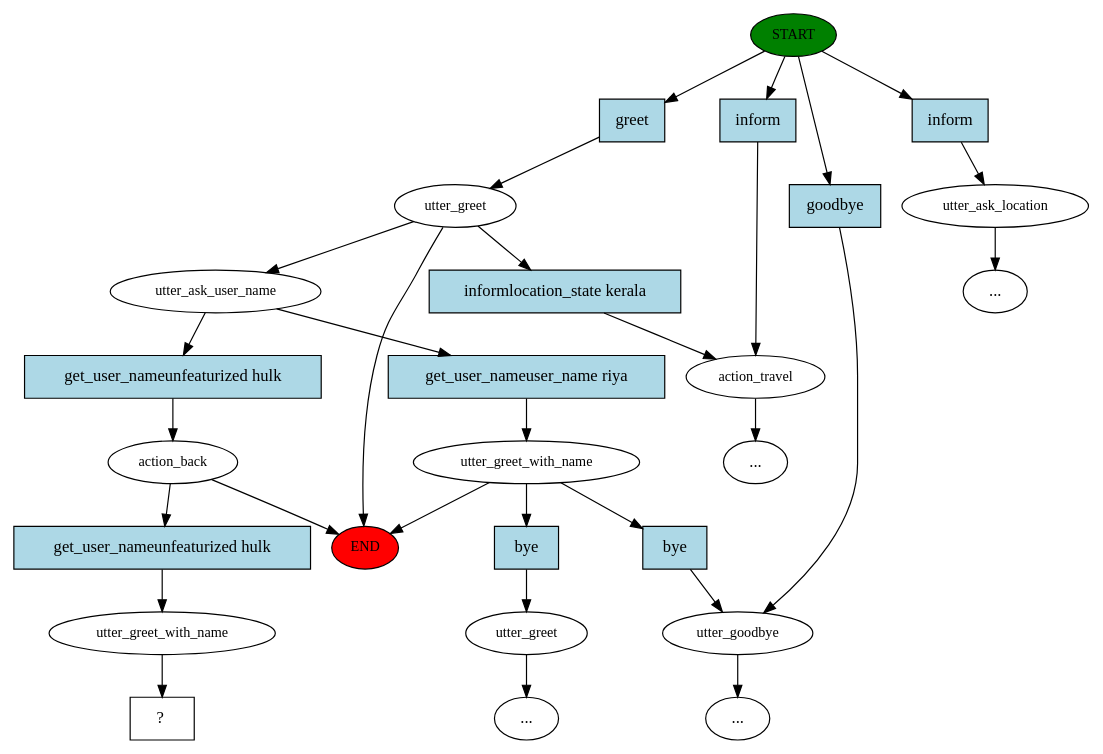
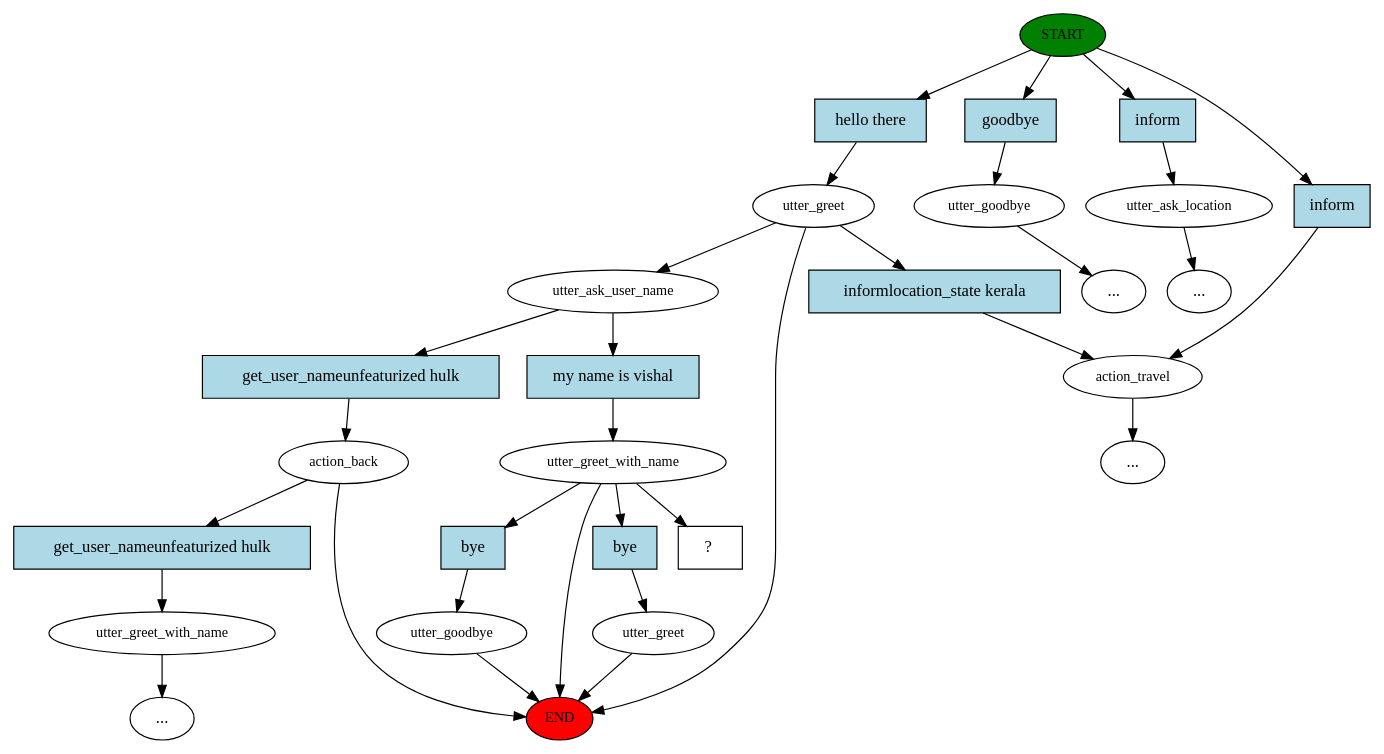
The diagram in workingCode_updated_version/story_graph.dot (CYPHR2/Travel_Chat_Bot), drawn with Graphviz before and after one commit. The commit also changed 11 other files, not shown here.

```diff
--- a/workingCode_updated_version/story_graph.dot
+++ b/workingCode_updated_version/story_graph.dot
@@ -1,57 +1,60 @@
 digraph  {
 0 [class="start active", fillcolor=green, fontsize=12, label=START, style=filled];
 "-1" [class=end, fillcolor=red, fontsize=12, label=END, style=filled];
 1 [class=active, fontsize=12, label=utter_greet];
 2 [class=active, fontsize=12, label=utter_ask_user_name];
-3 [class=active, fontsize=12, label=action_back];
+3 [class="", fontsize=12, label=action_back];
 8 [class="", fontsize=12, label=utter_goodbye];
+"-3" [class=ellipsis, label="..."];
 9 [class="", fontsize=12, label=utter_ask_location];
 "-4" [class=ellipsis, label="..."];
 10 [class="", fontsize=12, label=action_travel];
 "-6" [class=ellipsis, label="..."];
-15 [class="", fontsize=12, label=utter_greet_with_name];
+15 [class=active, fontsize=12, label=utter_greet_with_name];
 16 [class="", fontsize=12, label=utter_greet];
+20 [class="", fontsize=12, label=utter_goodbye];
+27 [class="", fontsize=12, label=utter_greet_with_name];
 "-7" [class=ellipsis, label="..."];
-"-8" [class=ellipsis, label="..."];
-27 [class=active, fontsize=12, label=utter_greet_with_name];
-28 [class="intent dashed active", label="  ?  ", shape=rect];
-29 [class="intent active", fillcolor=lightblue, label=greet, shape=rect, style=filled];
-30 [class=intent, fillcolor=lightblue, label=goodbye, shape=rect, style=filled];
-31 [class=intent, fillcolor=lightblue, label=inform, shape=rect, style=filled];
-32 [class=intent, fillcolor=lightblue, label=inform, shape=rect, style=filled];
-33 [class=intent, fillcolor=lightblue, label="informlocation_state kerala", shape=rect, style=filled];
-34 [class="intent active", fillcolor=lightblue, label="get_user_nameunfeaturized hulk", shape=rect, style=filled];
-35 [class=intent, fillcolor=lightblue, label="get_user_nameuser_name riya", shape=rect, style=filled];
-36 [class="intent active", fillcolor=lightblue, label="get_user_nameunfeaturized hulk", shape=rect, style=filled];
-37 [class=intent, fillcolor=lightblue, label=bye, shape=rect, style=filled];
-38 [class=intent, fillcolor=lightblue, label=bye, shape=rect, style=filled];
-0 -> 29  [class=active, key=0];
-0 -> 30  [class="", key=0];
-0 -> 31  [class="", key=0];
-0 -> 32  [class="", key=0];
+34 [class="intent dashed active", label="  ?  ", shape=rect];
+35 [class="intent active", fillcolor=lightblue, label="hello there", shape=rect, style=filled];
+36 [class=intent, fillcolor=lightblue, label=goodbye, shape=rect, style=filled];
+37 [class=intent, fillcolor=lightblue, label=inform, shape=rect, style=filled];
+38 [class=intent, fillcolor=lightblue, label=inform, shape=rect, style=filled];
+39 [class=intent, fillcolor=lightblue, label="informlocation_state kerala", shape=rect, style=filled];
+40 [class=intent, fillcolor=lightblue, label="get_user_nameunfeaturized hulk", shape=rect, style=filled];
+41 [class="intent active", fillcolor=lightblue, label="my name is vishal", shape=rect, style=filled];
+42 [class=intent, fillcolor=lightblue, label="get_user_nameunfeaturized hulk", shape=rect, style=filled];
+43 [class=intent, fillcolor=lightblue, label=bye, shape=rect, style=filled];
+44 [class=intent, fillcolor=lightblue, label=bye, shape=rect, style=filled];
+0 -> 35  [class=active, key=0];
+0 -> 36  [class="", key=0];
+0 -> 37  [class="", key=0];
+0 -> 38  [class="", key=0];
 1 -> 2  [class=active, key=NONE, label=""];
 1 -> "-1"  [class="", key=NONE, label=""];
-1 -> 33  [class="", key=0];
-2 -> 34  [class=active, key=0];
-2 -> 35  [class="", key=0];
+1 -> 39  [class="", key=0];
+2 -> 40  [class="", key=0];
+2 -> 41  [class=active, key=0];
 3 -> "-1"  [class="", key=NONE, label=""];
-3 -> 36  [class=active, key=0];
-8 -> "-8"  [class="", key=NONE, label=""];
+3 -> 42  [class="", key=0];
+8 -> "-3"  [class="", key=NONE, label=""];
 9 -> "-4"  [class="", key=NONE, label=""];
 10 -> "-6"  [class="", key=NONE, label=""];
 15 -> "-1"  [class="", key=NONE, label=""];
-15 -> 37  [class="", key=0];
-15 -> 38  [class="", key=0];
-16 -> "-7"  [class="", key=NONE, label=""];
-27 -> 28  [class=active, key=NONE, label=""];
-29 -> 1  [class=active, key=0];
-30 -> 8  [class="", key=0];
-31 -> 9  [class="", key=0];
-32 -> 10  [class="", key=0];
-33 -> 10  [class="", key=0];
-34 -> 3  [class=active, key=0];
-35 -> 15  [class="", key=0];
-36 -> 27  [class=active, key=0];
-37 -> 16  [class="", key=0];
-38 -> 8  [class="", key=0];
+15 -> 34  [class=active, key=NONE, label=""];
+15 -> 43  [class="", key=0];
+15 -> 44  [class="", key=0];
+16 -> "-1"  [class="", key=NONE, label=""];
+20 -> "-1"  [class="", key=NONE, label=""];
+27 -> "-7"  [class="", key=NONE, label=""];
+35 -> 1  [class=active, key=0];
+36 -> 8  [class="", key=0];
+37 -> 9  [class="", key=0];
+38 -> 10  [class="", key=0];
+39 -> 10  [class="", key=0];
+40 -> 3  [class="", key=0];
+41 -> 15  [class=active, key=0];
+42 -> 27  [class="", key=0];
+43 -> 16  [class="", key=0];
+44 -> 20  [class="", key=0];
 }
```
